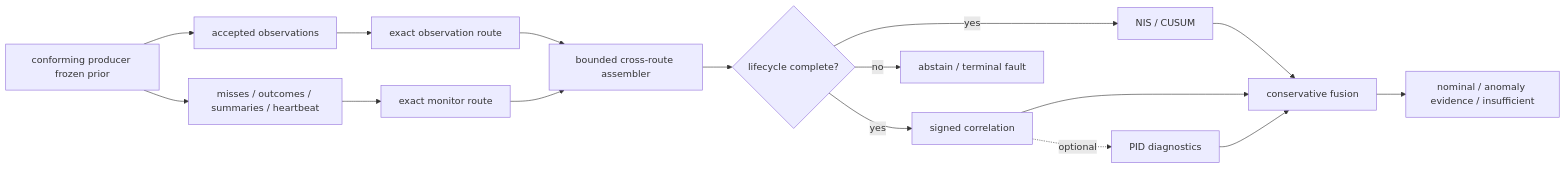
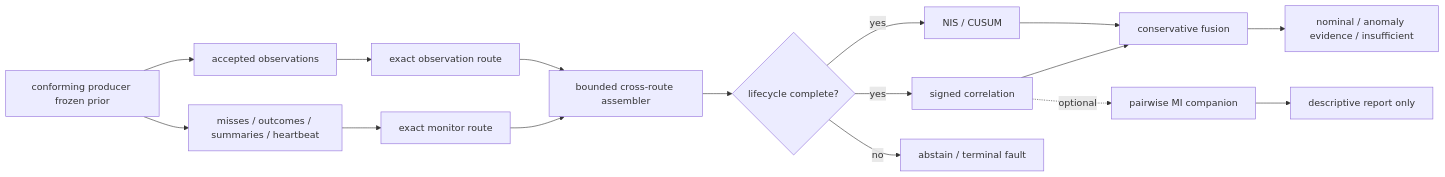
One commit to sepahead/galadriel changed the diagram in README.md. Above: the diagram before and after it, drawn with Mermaid. The commit also changed other lines of this file and 79 other files, not shown here.

````diff
--- a/README.md
+++ b/README.md
@@ -59,18 +60,18 @@
 ```mermaid
 flowchart LR
     P[conforming producer frozen prior] --> O[accepted observations]
     P --> L[misses / outcomes / summaries / heartbeat]
     O --> R[exact observation route]
     L --> T[exact monitor route]
     R --> A[bounded cross-route assembler]
     T --> A
     A --> G{lifecycle complete?}
     G -->|yes| M[NIS / CUSUM]
     G -->|yes| C[signed correlation]
     G -->|no| X[abstain / terminal fault]
-    C -. optional .-> I[PID diagnostics]
+    C -. optional .-> I[pairwise MI companion]
     M --> F[conservative fusion]
     C --> F
-    I --> F
+    I --> D[descriptive report only]
     F --> V[nominal / anomaly evidence / insufficient]
 ```
````
